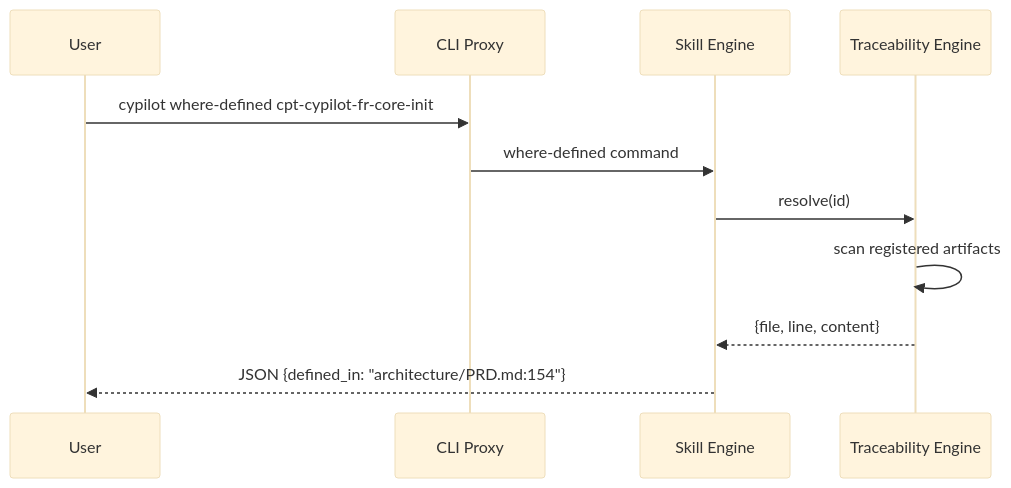
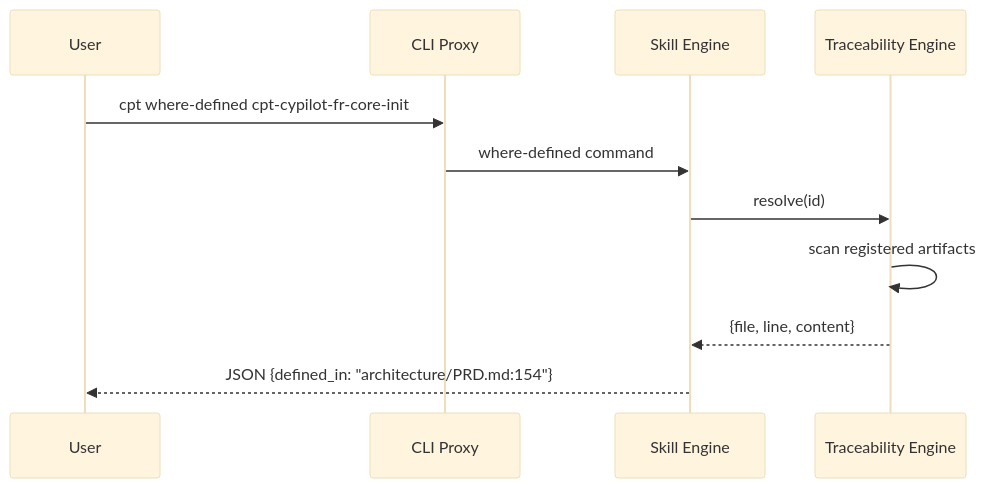
Before and after one commit to ainetx/hyperspot: the seventh of 7 diagrams in .cypilot/.core/architecture/DESIGN.md, drawn with Mermaid (base theme). The commit also changed other lines of this file and 108 other files, not shown here.

````diff
--- a/.cypilot/.core/architecture/DESIGN.md
+++ b/.cypilot/.core/architecture/DESIGN.md
@@ -1095,9 +1098,9 @@
 ```mermaid
 sequenceDiagram
-    User->>CLI Proxy: cypilot where-defined cpt-cypilot-fr-core-init
+    User->>CLI Proxy: cpt where-defined cpt-cypilot-fr-core-init
     CLI Proxy->>Skill Engine: where-defined command
     Skill Engine->>Traceability Engine: resolve(id)
     Traceability Engine->>Traceability Engine: scan registered artifacts
     Traceability Engine-->>Skill Engine: {file, line, content}
     Skill Engine-->>User: JSON {defined_in: "architecture/PRD.md:154"}
 ```
````
